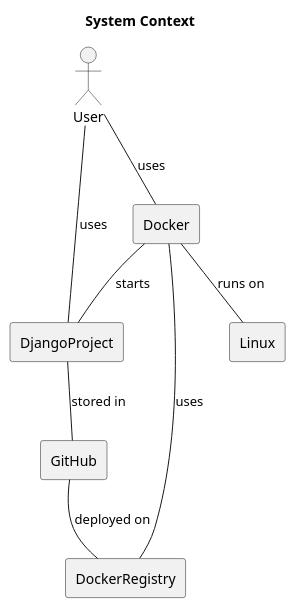
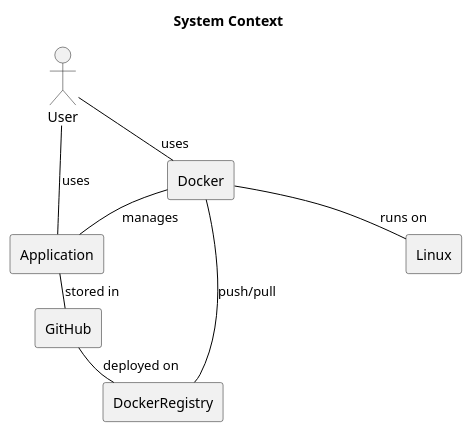
Before and after one commit to braboj/the-great-wall: the diagram in assets/plantuml/C4_L1_system_context.puml, drawn with PlantUML. The commit also changed 12 other files, not shown here.

Commit message:
(#16) - Update the plantuml diagrams

```diff
--- a/assets/plantuml/C4_L1_system_context.puml
+++ b/assets/plantuml/C4_L1_system_context.puml
@@ -1,55 +1,55 @@
 @startuml
 /'
 Provide the overall system context that includes:
 
 - User roles
 - Our system, could be more than 1
 - Externals systems such as github, docker registry, cloud providers, etc.
 - Interactions between the systems
 
 Suitable diagrams:
 - https://plantuml.com/deployment-diagram
 
 '/
 
-'skinparam {
-'    PackageStyle Frame
-'    ArrowColor #000000
-'    BackgroundColor #ffffff
-'    BorderColor #b0b0b0
+skinparam {
+    PackageStyle Frame
+    ArrowColor #000000
+    BackgroundColor #ffffff
+    BorderColor #b0b0b0
 '    linetype polyline
 '    linetype ortho
-'    nodesep 50
-'    ranksep 100
-'}
+    nodesep 100
+    ranksep 10
+}
 
 title System Context
 
 actor User as user
 
-rectangle DjangoProject {
+rectangle Application {
 }
 
 rectangle Docker {
 }
 
 rectangle DockerRegistry {
 }
 
 rectangle GitHub {
 }
 
 rectangle Linux {
 }
 
 user -- Docker : uses
-user -- DjangoProject : uses
+user -- Application : uses
 
 Docker -- Linux : runs on
-Docker -- DjangoProject : starts
-Docker -- DockerRegistry : uses
-DjangoProject -- GitHub : stored in
+Docker -- Application : manages
+Docker -- DockerRegistry : push/pull
+Application -- GitHub : stored in
 GitHub -- DockerRegistry : deployed on
 
 
 @enduml
```
